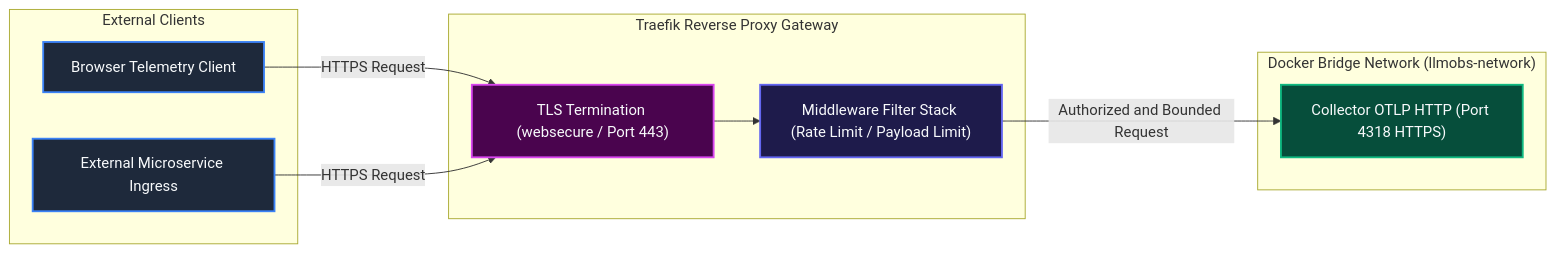
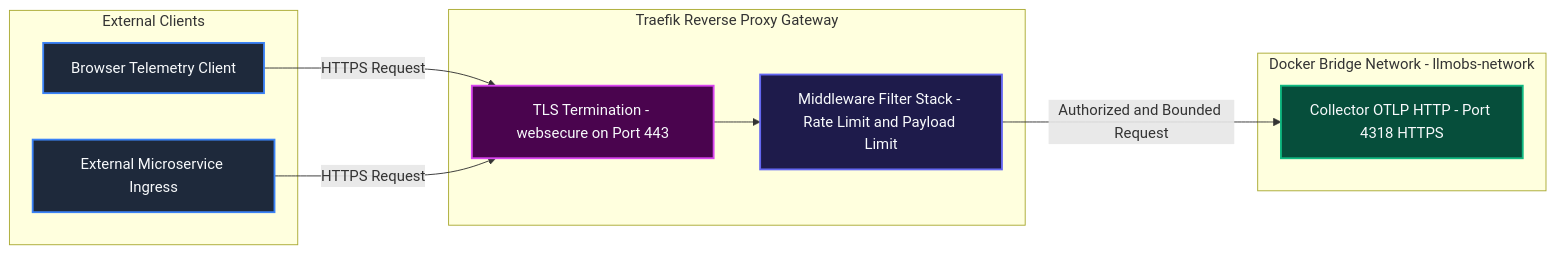
Before and after one commit to Chief-Strategist-J/llm-obs-infra: diagram 15 of 22 in docs/configDoc/otel-collector-configuration-guide.md, drawn with Mermaid. The commit also changed other lines of this file, not shown here.

Commit message:
fix(docs): resolve all Mermaid diagram syntax and layout rendering issues in otel configuration guide

````diff
--- a/docs/configDoc/otel-collector-configuration-guide.md
+++ b/docs/configDoc/otel-collector-configuration-guide.md
@@ -1417,28 +1448,28 @@
 ```mermaid
 graph LR
     subgraph ExternalClients ["External Clients"]
         WebUser["Browser Telemetry Client"]
         ExtAPI["External Microservice Ingress"]
     end
 
     subgraph EdgeProxy ["Traefik Reverse Proxy Gateway"]
-        TLSHandler["TLS Termination (websecure / Port 443)"]
-        MiddlewareStack["Middleware Filter Stack (Rate Limit / Payload Limit)"]
+        TLSHandler["TLS Termination - websecure on Port 443"]
+        MiddlewareStack["Middleware Filter Stack - Rate Limit and Payload Limit"]
     end
 
-    subgraph InternalServices ["Docker Bridge Network (llmobs-network)"]
-        OTelHTTP["Collector OTLP HTTP (Port 4318 HTTPS)"]
+    subgraph InternalServices ["Docker Bridge Network - llmobs-network"]
+        OTelHTTP["Collector OTLP HTTP - Port 4318 HTTPS"]
     end
 
     WebUser -->|HTTPS Request| TLSHandler
     ExtAPI -->|HTTPS Request| TLSHandler
 
     TLSHandler --> MiddlewareStack
     MiddlewareStack -->|Authorized and Bounded Request| OTelHTTP
 
     style WebUser fill:#1e293b,stroke:#3b82f6,stroke-width:2px,color:#f8fafc
     style ExtAPI fill:#1e293b,stroke:#3b82f6,stroke-width:2px,color:#f8fafc
     style TLSHandler fill:#4a044e,stroke:#d946ef,stroke-width:2px,color:#f8fafc
     style MiddlewareStack fill:#1e1b4b,stroke:#6366f1,stroke-width:2px,color:#f8fafc
     style OTelHTTP fill:#064e3b,stroke:#10b981,stroke-width:2px,color:#f8fafc
 ```
````
